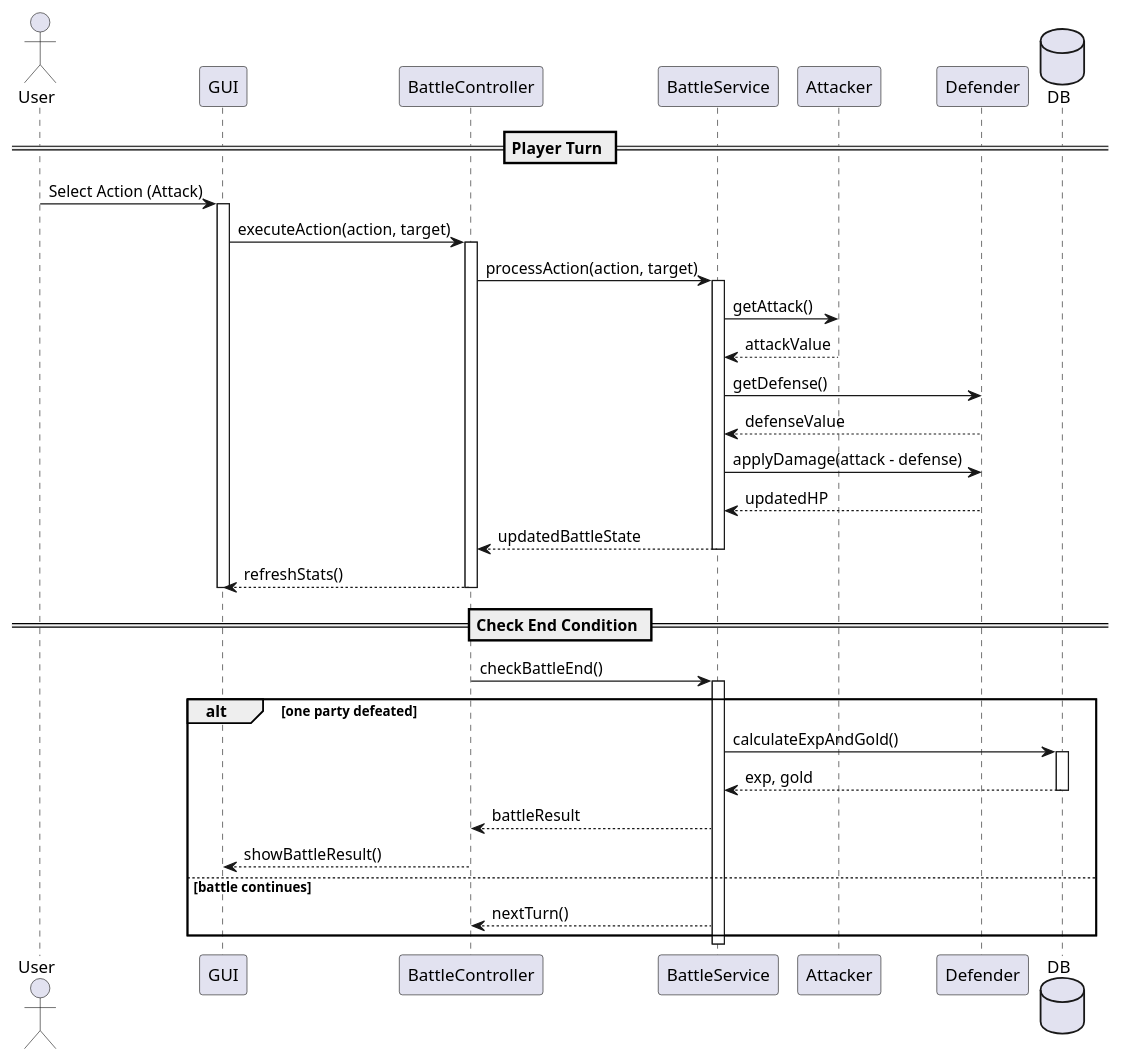
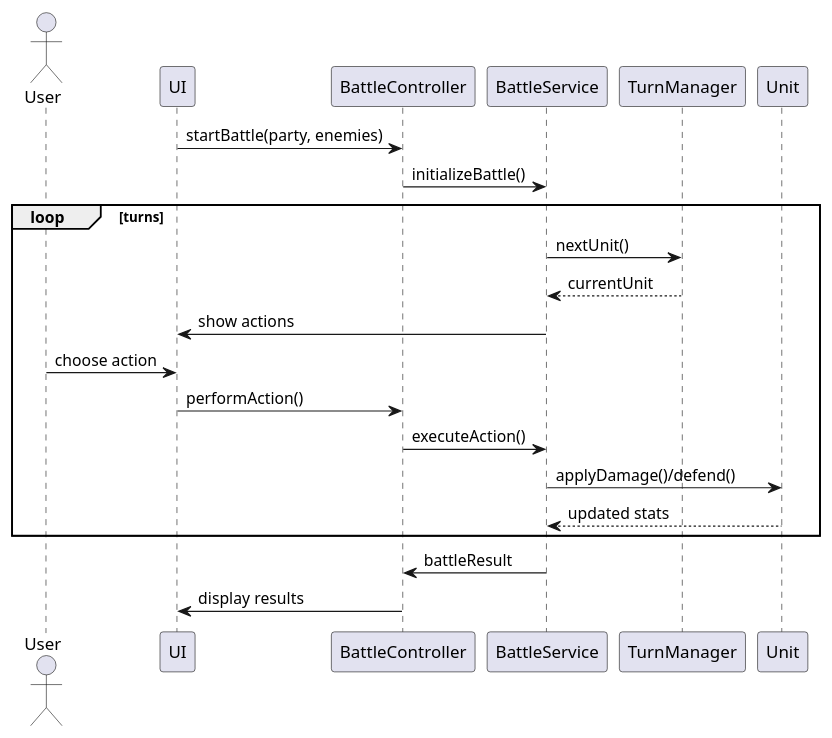
The diagram in sequence_diagrams/case3.puml (noahdc06/SoftwareDesignProject), drawn with PlantUML before and after one commit.

```diff
--- a/sequence_diagrams/case3.puml
+++ b/sequence_diagrams/case3.puml
@@ -1,56 +1,28 @@
-@startuml
+@startuml case3_battle
 actor User
-participant GUI
-participant BattleController
-participant BattleService
-participant Attacker as UnitA
-participant Defender as UnitD
-database DB
+participant UI
+participant "BattleController" as Controller
+participant "BattleService" as Service
+participant "TurnManager" as Turn
+participant "Unit" as Unit
 
-== Player Turn ==
+UI -> Controller : startBattle(party, enemies)
+Controller -> Service : initializeBattle()
 
-User -> GUI : Select Action (Attack)
-activate GUI
+loop turns
+    Service -> Turn : nextUnit()
+    Turn --> Service : currentUnit
 
-GUI -> BattleController : executeAction(action, target)
-activate BattleController
+    Service -> UI : show actions
+    User -> UI : choose action
 
-BattleController -> BattleService : processAction(action, target)
-activate BattleService
+    UI -> Controller : performAction()
+    Controller -> Service : executeAction()
 
-BattleService -> UnitA : getAttack()
-UnitA --> BattleService : attackValue
-
-BattleService -> UnitD : getDefense()
-UnitD --> BattleService : defenseValue
-
-BattleService -> UnitD : applyDamage(attack - defense)
-UnitD --> BattleService : updatedHP
-
-BattleService --> BattleController : updatedBattleState
-deactivate BattleService
-
-BattleController --> GUI : refreshStats()
-deactivate BattleController
-deactivate GUI
-
-== Check End Condition ==
-
-BattleController -> BattleService : checkBattleEnd()
-activate BattleService
-
-alt one party defeated
-    BattleService -> DB : calculateExpAndGold()
-    activate DB
-    DB --> BattleService : exp, gold
-    deactivate DB
-
-    BattleService --> BattleController : battleResult
-    BattleController --> GUI : showBattleResult()
-else battle continues
-    BattleService --> BattleController : nextTurn()
+    Service -> Unit : applyDamage()/defend()
+    Unit --> Service : updated stats
 end
 
-deactivate BattleService
-
+Service -> Controller : battleResult
+Controller -> UI : display results
 @enduml
```
